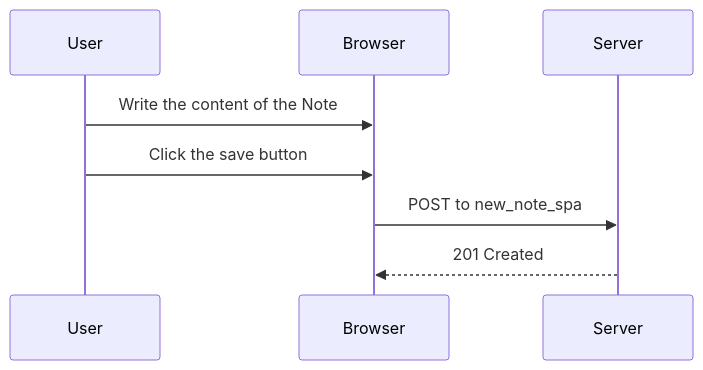
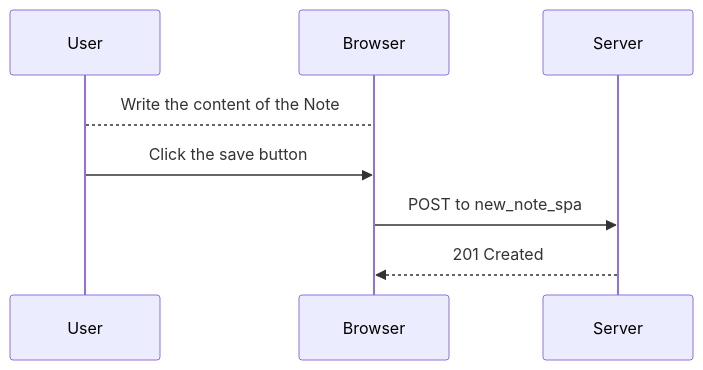
Before and after one commit to OmAn94/Markdown: the second of 2 diagrams in README.md, drawn with Mermaid.

````diff
--- a/README.md
+++ b/README.md
@@ -24,12 +24,12 @@
 ```mermaid
 sequenceDiagram
     participant User
     participant Browser
     participant Server
 
-    User->>Browser: Write the content of the Note
+    User-->Browser: Write the content of the Note
     User->>Browser: Click the save button
     Browser->>Server: POST to new_note_spa
     Server-->>Browser: 201 Created
 
 ```
````
